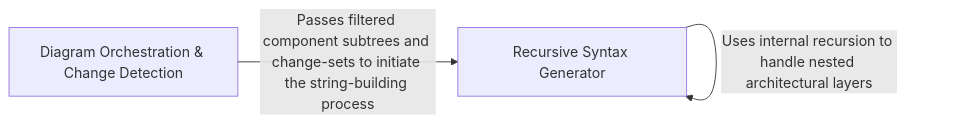
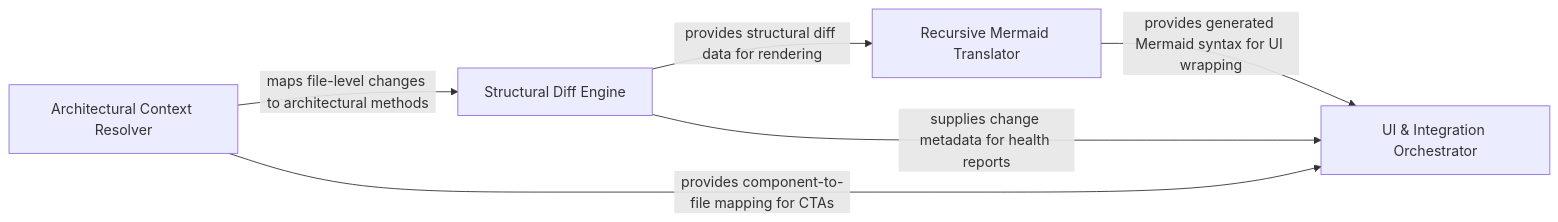
One commit to CodeBoarding/CodeBoarding-action changed the diagram in .codeboarding/Mermaid_Visualization_Engine.md. Above: the diagram before and after it, drawn with Mermaid. The commit also changed other lines of this file and 10 other files, not shown here.

Commit message:
chore(codeboarding): sync architecture baseline

````diff
--- a/.codeboarding/Mermaid_Visualization_Engine.md
+++ b/.codeboarding/Mermaid_Visualization_Engine.md
@@ -1,7 +1,12 @@
 ```mermaid
 graph LR
-    Diagram_Orchestration_Change_Detection["Diagram Orchestration & Change Detection"]
-    Recursive_Syntax_Generator["Recursive Syntax Generator"]
-    Diagram_Orchestration_Change_Detection -- "Passes filtered component subtrees and change-sets to initiate the string-building process" --> Recursive_Syntax_Generator
-    Recursive_Syntax_Generator -- "Uses internal recursion to handle nested architectural layers" --> Recursive_Syntax_Generator
+    Structural_Diff_Engine["Structural Diff Engine"]
+    Recursive_Mermaid_Translator["Recursive Mermaid Translator"]
+    Architectural_Context_Resolver["Architectural Context Resolver"]
+    UI_Integration_Orchestrator["UI & Integration Orchestrator"]
+    Structural_Diff_Engine -- "provides structural diff data for rendering" --> Recursive_Mermaid_Translator
+    Architectural_Context_Resolver -- "maps file-level changes to architectural methods" --> Structural_Diff_Engine
+    Recursive_Mermaid_Translator -- "provides generated Mermaid syntax for UI wrapping" --> UI_Integration_Orchestrator
+    Structural_Diff_Engine -- "supplies change metadata for health reports" --> UI_Integration_Orchestrator
+    Architectural_Context_Resolver -- "provides component-to-file mapping for CTAs" --> UI_Integration_Orchestrator
 ```
````
